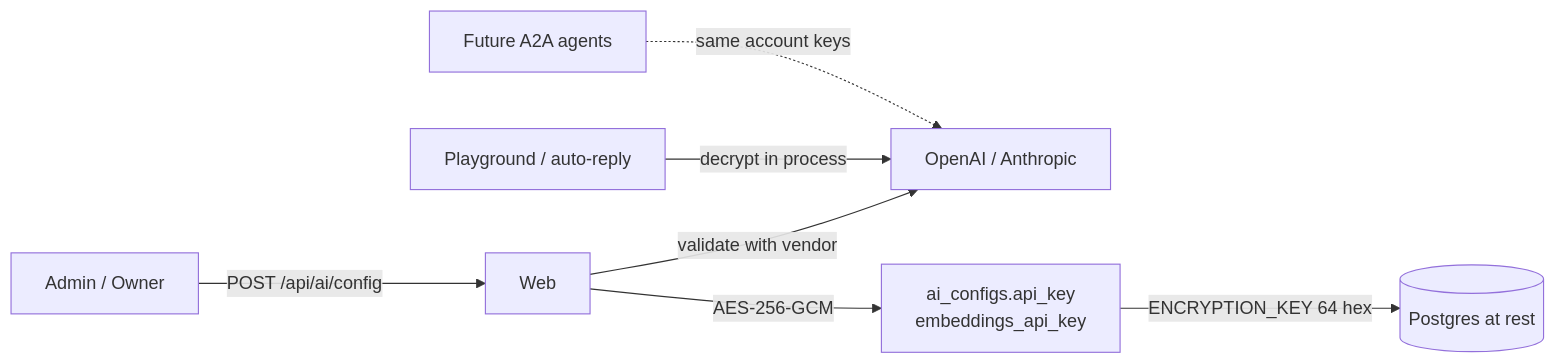
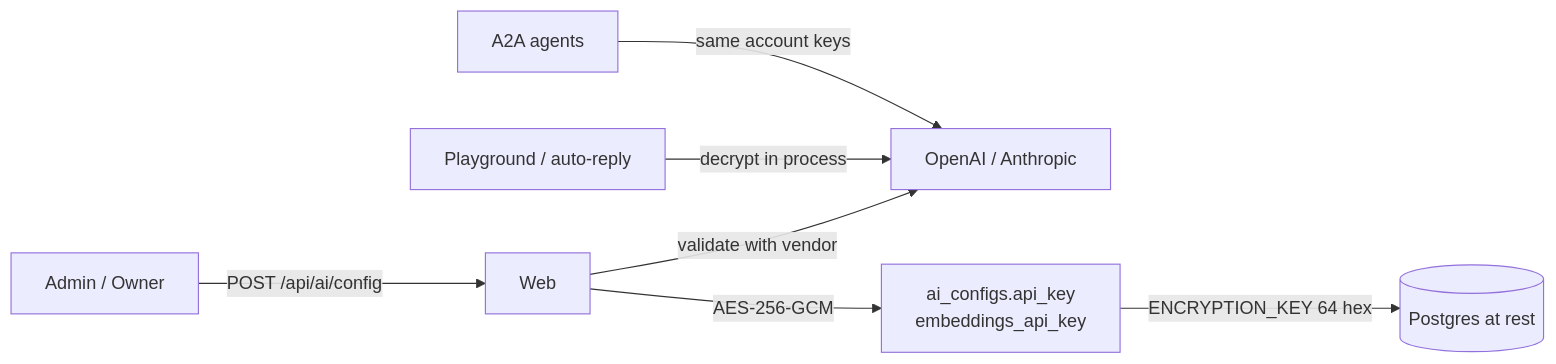
Before and after one commit to shaashish1/wacrm: the fifth of 5 diagrams in wacrm/docs/ARCHITECTURE.md, drawn with Mermaid. The commit also changed other lines of this file and 16 other files, not shown here.

````diff
--- a/wacrm/docs/ARCHITECTURE.md
+++ b/wacrm/docs/ARCHITECTURE.md
@@ -203,9 +203,9 @@
 ```mermaid
 flowchart LR
   Admin[Admin / Owner] -->|POST /api/ai/config| Web
   Web -->|validate with vendor| Vendor[OpenAI / Anthropic]
   Web -->|AES-256-GCM| Enc[ai_configs.api_key<br/>embeddings_api_key]
   Enc -->|ENCRYPTION_KEY 64 hex| Disk[(Postgres at rest)]
   Play[Playground / auto-reply] -->|decrypt in process| Vendor
-  A2A[Future A2A agents] -.->|same account keys| Vendor
+  A2A[A2A agents] -->|same account keys| Vendor
 ```
````
